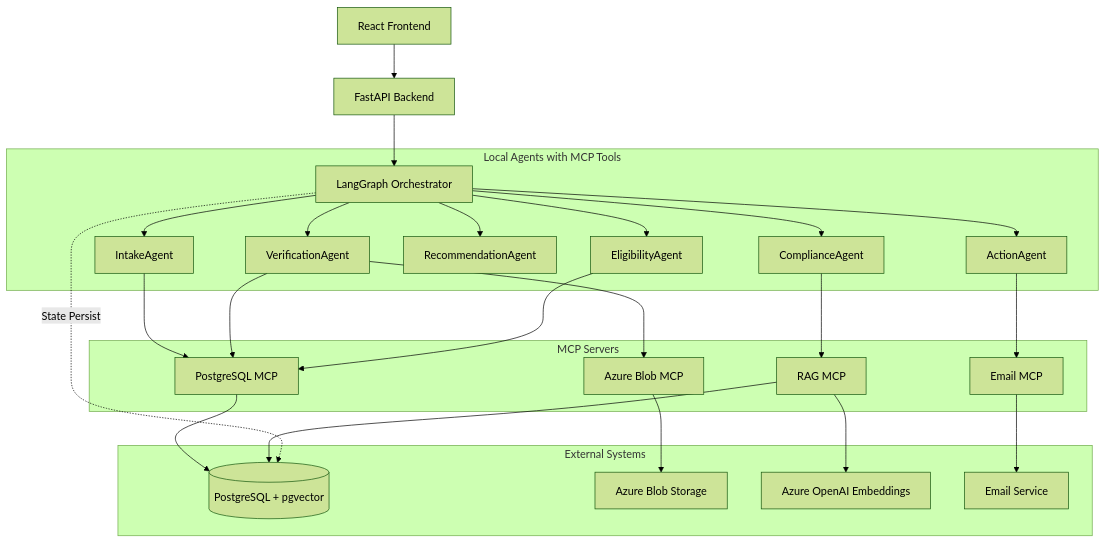
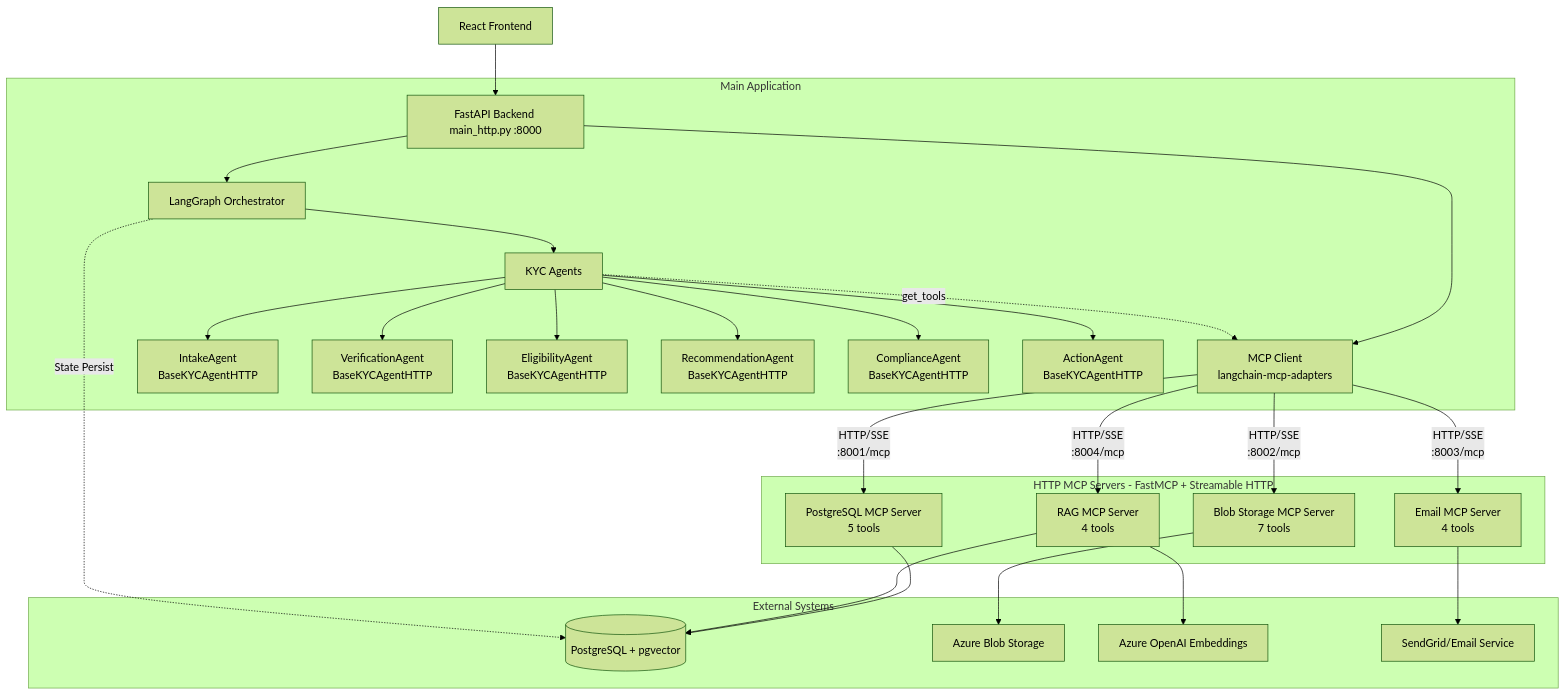
The first of 3 diagrams in NEW_SETUP.md (zvezdanprotic-capgemini/azurefoundrymcpagents), drawn with Mermaid (forest theme) before and after one commit. The commit also changed other lines of this file and 63 other files, not shown here.

Commit message:
Proper MCP CLient/Server setup

````diff
--- a/NEW_SETUP.md
+++ b/NEW_SETUP.md
@@ -7,31 +37,36 @@
 ```mermaid
 graph TD
-    FE[React Frontend] --> API[FastAPI Backend]
-    API --> Graph[LangGraph Orchestrator]
+    FE[React Frontend] --> API[FastAPI Backend main_http.py :8000]
     
-    subgraph "Local Agents with MCP Tools"
-        Graph --> I[IntakeAgent]
-        Graph --> V[VerificationAgent]
-        Graph --> E[EligibilityAgent]
-        Graph --> R[RecommendationAgent]
-        Graph --> C[ComplianceAgent]
-        Graph --> A[ActionAgent]
+    subgraph "Main Application"
+        API --> Graph[LangGraph Orchestrator]
+        API --> MCP_CLIENT[MCP Client<br/>langchain-mcp-adapters]
+        
+        Graph --> AGENTS[KYC Agents]
+        AGENTS --> I[IntakeAgent<br/>BaseKYCAgentHTTP]
+        AGENTS --> V[VerificationAgent<br/>BaseKYCAgentHTTP]
+        AGENTS --> E[EligibilityAgent<br/>BaseKYCAgentHTTP]
+        AGENTS --> R[RecommendationAgent<br/>BaseKYCAgentHTTP]
+        AGENTS --> C[ComplianceAgent<br/>BaseKYCAgentHTTP]
+        AGENTS --> A[ActionAgent<br/>BaseKYCAgentHTTP]
+        
+        AGENTS -.->|get_tools| MCP_CLIENT
     end
     
-    subgraph "MCP Servers"
-        I & V & E --> PG[PostgreSQL MCP]
-        V --> BLOB[Azure Blob MCP]
-        C --> RAG[RAG MCP]
-        A --> EMAIL[Email MCP]
+    subgraph "HTTP MCP Servers - FastMCP + Streamable HTTP"
+        MCP_CLIENT -->|HTTP/SSE<br/>:8001/mcp| PG[PostgreSQL MCP Server<br/>5 tools]
+        MCP_CLIENT -->|HTTP/SSE<br/>:8002/mcp| BLOB[Blob Storage MCP Server<br/>7 tools]
+        MCP_CLIENT -->|HTTP/SSE<br/>:8003/mcp| EMAIL[Email MCP Server<br/>4 tools]
+        MCP_CLIENT -->|HTTP/SSE<br/>:8004/mcp| RAG[RAG MCP Server<br/>4 tools]
     end
     
     subgraph "External Systems"
         PG --> DB[(PostgreSQL + pgvector)]
         BLOB --> AZ[Azure Blob Storage]
         RAG --> DB
         RAG --> AOAI[Azure OpenAI Embeddings]
-        EMAIL --> SMTP[Email Service]
+        EMAIL --> SMTP[SendGrid/Email Service]
     end
     
     Graph -.->|State Persist| DB
 ```
````
